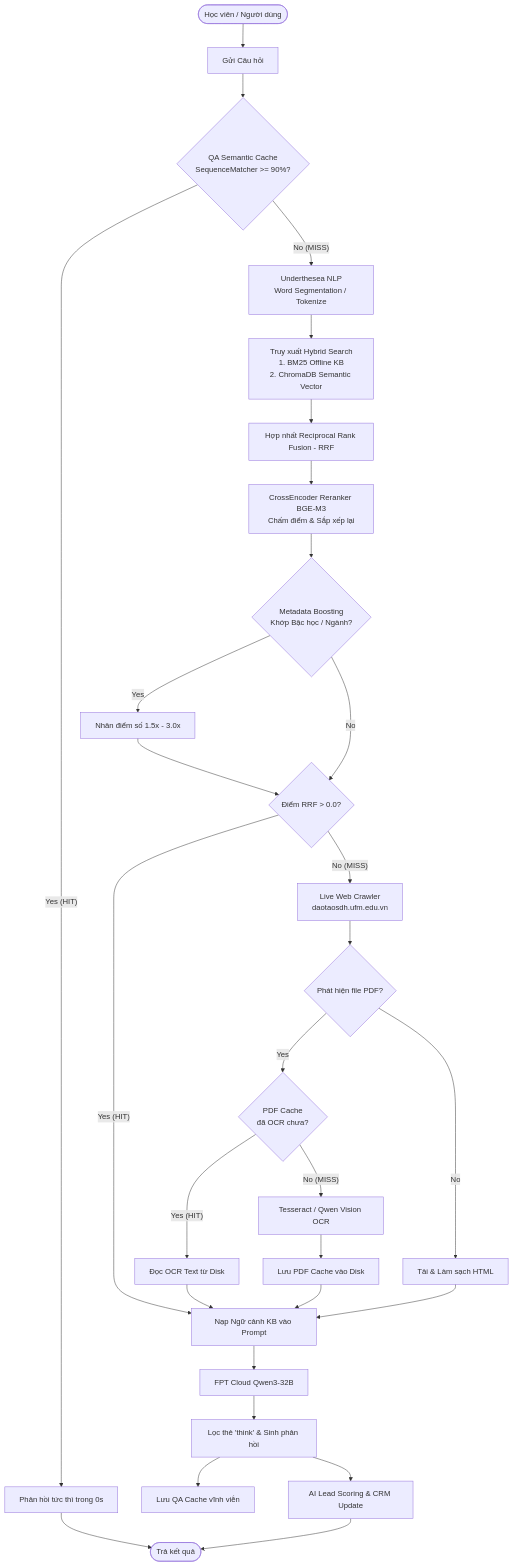
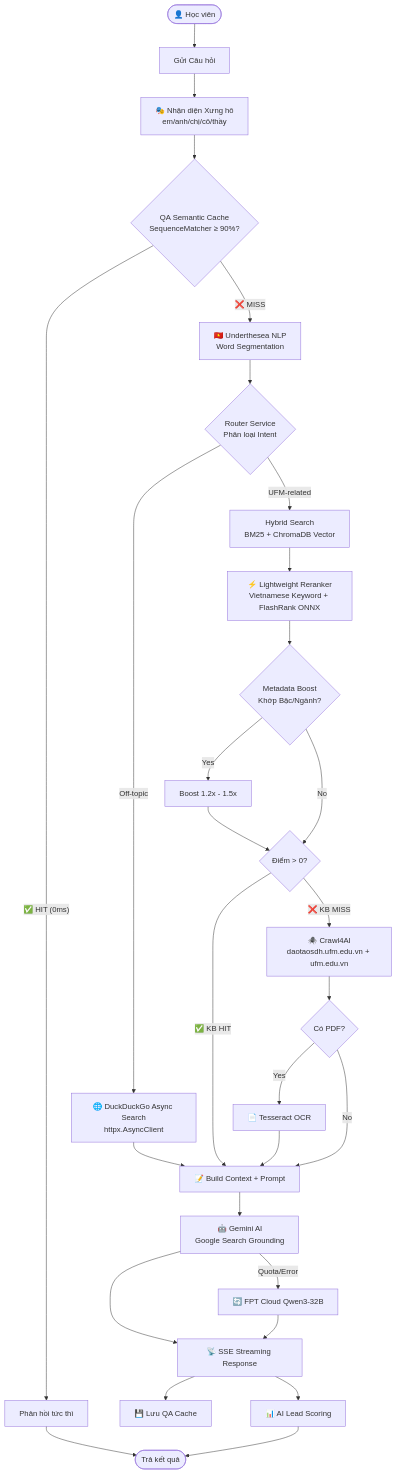
One commit to phapsuto/ufm-chatbot-cotham changed the diagram in README.md. Above: the diagram before and after it, drawn with Mermaid. The commit also changed other lines of this file and 14 other files, not shown here.

First line of the commit message:
v4.0.0: Dual LLM (Gemini + FPT), FlashRank reranker, comprehensive README

````diff
--- a/README.md
+++ b/README.md
@@ -15,25 +39,30 @@
 ```mermaid
 graph TD
-    User([Học viên / Người dùng]) --> Query[Gửi Câu hỏi]
-    Query --> QACache{QA Semantic Cache<br/>SequenceMatcher >= 90%?}
-    QACache -- Yes (HIT) --> InstantReply[Phản hồi tức thì trong 0s] --> End([Trả kết quả])
-    QACache -- No (MISS) --> UndertheseaNLP[Underthesea NLP<br/>Word Segmentation / Tokenize]
-    UndertheseaNLP --> HybridSearch[Truy xuất Hybrid Search<br/>1. BM25 Offline KB<br/>2. ChromaDB Semantic Vector]
-    HybridSearch --> RRF[Hợp nhất Reciprocal Rank Fusion - RRF]
-    RRF --> Rerank[CrossEncoder Reranker BGE-M3<br/>Chấm điểm & Sắp xếp lại]
-    Rerank --> MatchBoost{Metadata Boosting<br/>Khớp Bậc học / Ngành?}
-    MatchBoost -- Yes --> ApplyBoost[Nhân điểm số 1.5x - 3.0x] --> ScoreThreshold
-    MatchBoost -- No --> ScoreThreshold{Điểm RRF > 0.0?}
-    ScoreThreshold -- Yes (HIT) --> LLMInput[Nạp Ngữ cảnh KB vào Prompt]
-    ScoreThreshold -- No (MISS) --> LiveWeb[Live Web Crawler<br/>daotaosdh.ufm.edu.vn]
-    LiveWeb --> PDFOCR{Phát hiện file PDF?}
-    PDFOCR -- Yes --> PDFCache{PDF Cache<br/>đã OCR chưa?}
-    PDFCache -- Yes (HIT) --> LoadPDFCache[Đọc OCR Text từ Disk] --> LLMInput
-    PDFCache -- No (MISS) --> OCRVision[Tesseract / Qwen Vision OCR] --> SavePDFCache[Lưu PDF Cache vào Disk] --> LLMInput
-    PDFOCR -- No --> CrawlHTML[Tải & Làm sạch HTML] --> LLMInput
-    LLMInput --> FPTCloudLLM[FPT Cloud Qwen3-32B]
-    FPTCloudLLM --> FilterThink[Lọc thẻ 'think' & Sinh phản hồi]
-    FilterThink --> SaveCache[Lưu QA Cache vĩnh viễn]
-    FilterThink --> CRMScore[AI Lead Scoring & CRM Update]
+    User([👤 Học viên]) --> Query[Gửi Câu hỏi]
+    Query --> Pronoun[🎭 Nhận diện Xưng hô<br/>em/anh/chị/cô/thầy]
+    Pronoun --> QACache{QA Semantic Cache<br/>SequenceMatcher ≥ 90%?}
+    QACache -- "✅ HIT (0ms)" --> InstantReply[Phản hồi tức thì] --> End([Trả kết quả])
+    QACache -- "❌ MISS" --> NLP[🇻🇳 Underthesea NLP<br/>Word Segmentation]
+    NLP --> Router{Router Service<br/>Phân loại Intent}
+    Router -- "UFM-related" --> HybridSearch
+    Router -- "Off-topic" --> DDGSearch[🌐 DuckDuckGo Async Search<br/>httpx.AsyncClient]
+    DDGSearch --> LLMInput
+
+    HybridSearch[Hybrid Search<br/>BM25 + ChromaDB Vector] --> Rerank[⚡ Lightweight Reranker<br/>Vietnamese Keyword + FlashRank ONNX]
+    Rerank --> MetaBoost{Metadata Boost<br/>Khớp Bậc/Ngành?}
+    MetaBoost -- "Yes" --> ApplyBoost[Boost 1.2x - 1.5x] --> ScoreCheck
+    MetaBoost -- "No" --> ScoreCheck{Điểm > 0?}
+    ScoreCheck -- "✅ KB HIT" --> LLMInput[📝 Build Context + Prompt]
+    ScoreCheck -- "❌ KB MISS" --> LiveCrawl[🕷️ Crawl4AI<br/>daotaosdh.ufm.edu.vn + ufm.edu.vn]
+    LiveCrawl --> PDFCheck{Có PDF?}
+    PDFCheck -- "Yes" --> PDFOCR[📄 Tesseract OCR] --> LLMInput
+    PDFCheck -- "No" --> LLMInput
+
+    LLMInput --> GeminiLLM[🤖 Gemini AI<br/>Google Search Grounding]
+    GeminiLLM -- "Quota/Error" --> FPTFallback[🔄 FPT Cloud Qwen3-32B]
+    GeminiLLM --> Stream[📡 SSE Streaming Response]
+    FPTFallback --> Stream
+    Stream --> SaveCache[💾 Lưu QA Cache]
+    Stream --> CRMScore[📊 AI Lead Scoring]
     CRMScore --> End
 ```
````
